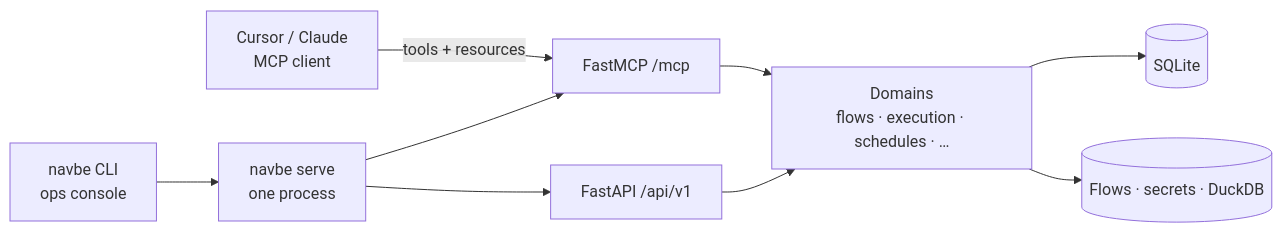
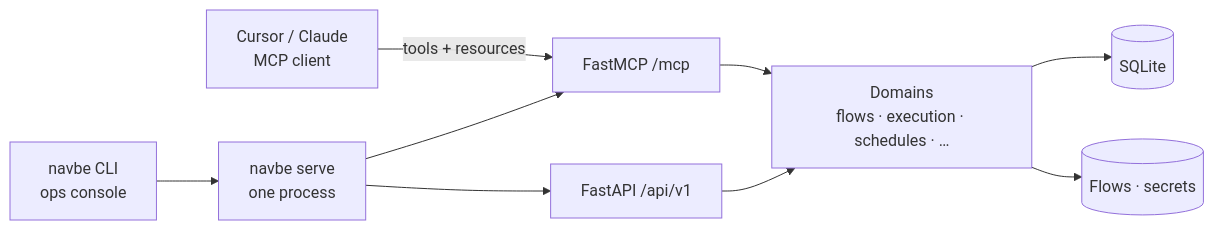
One commit to leonardoburbanov/navbe_ai changed the diagram in README.md. Above: the diagram before and after it, drawn with Mermaid. The commit also changed other lines of this file and 8 other files, not shown here.

````diff
--- a/README.md
+++ b/README.md
@@ -82,20 +82,20 @@
 ```mermaid
 flowchart LR
   Agent["Cursor / Claude<br/>MCP client"]
   CLI["navbe CLI<br/>ops console"]
   Daemon["navbe serve<br/>one process"]
   MCP["FastMCP /mcp"]
   API["FastAPI /api/v1"]
   Domains["Domains<br/>flows · execution · schedules · …"]
   SQLite[(SQLite)]
-  Disk[(Flows · secrets · DuckDB)]
+  Disk[(Flows · secrets)]
 
   Agent -->|"tools + resources"| MCP
   CLI --> Daemon
   Daemon --> MCP
   Daemon --> API
   MCP --> Domains
   API --> Domains
   Domains --> SQLite
   Domains --> Disk
 ```
````
